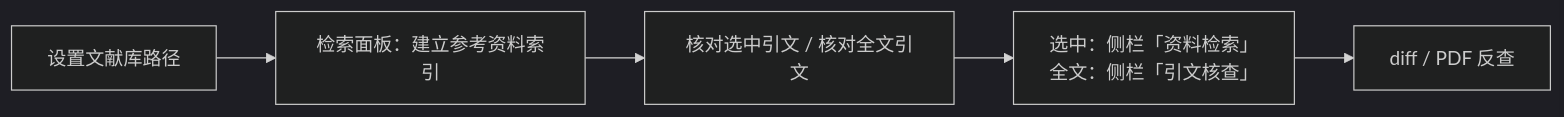
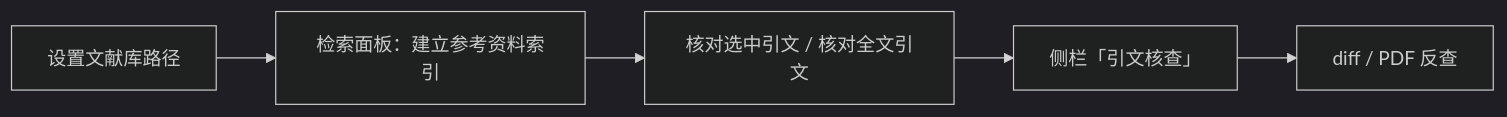
The fifth of 5 diagrams in docs/commands-cheatsheet.md (Fusyong/ai-proofread-vscode-extension), drawn with Mermaid (dark theme) before and after one commit. The commit also changed other lines of this file and 14 other files, not shown here.

````diff
--- a/docs/commands-cheatsheet.md
+++ b/docs/commands-cheatsheet.md
@@ -231,7 +231,7 @@
 ```mermaid
 flowchart LR
     A["设置文献库路径"] --> B["检索面板：建立参考资料索引"]
     B --> C["核对选中引文 / 核对全文引文"]
-    C --> D["选中：侧栏「资料检索」<br/>全文：侧栏「引文核查」"]
+    C --> D["侧栏「引文核查」"]
     D --> E["diff / PDF 反查"]
 ```
````
